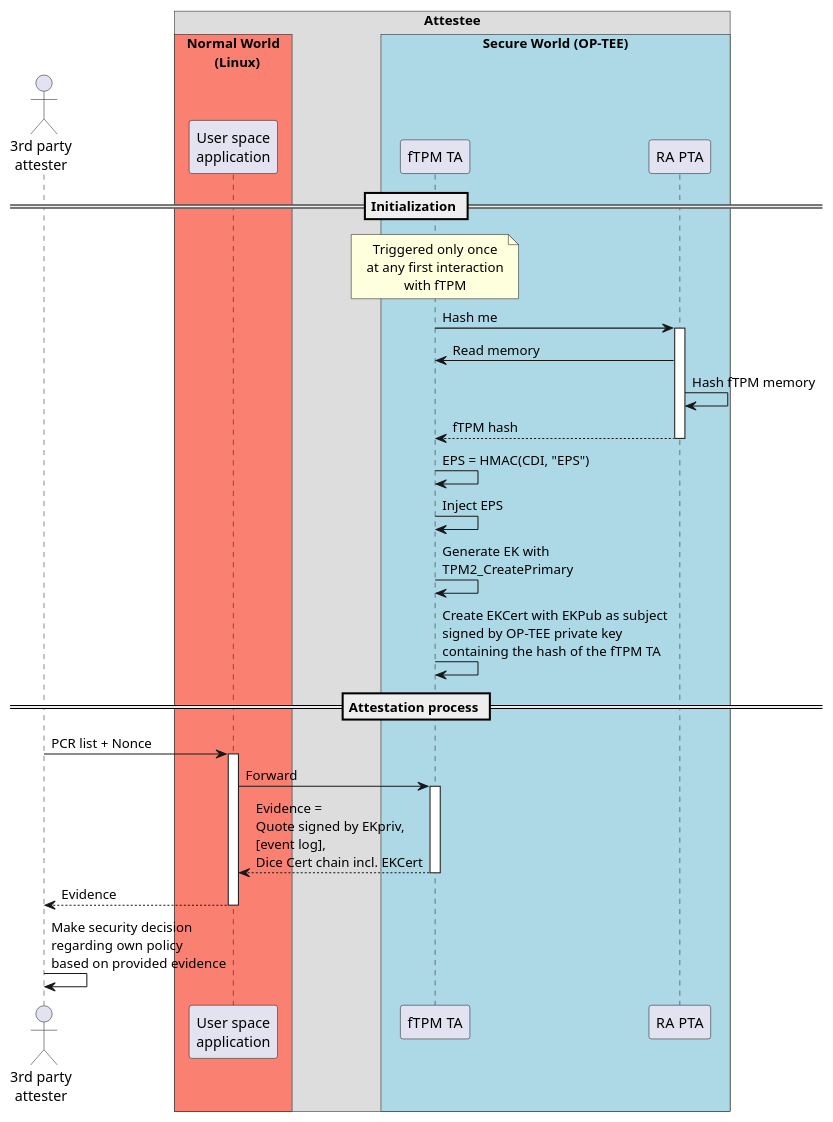
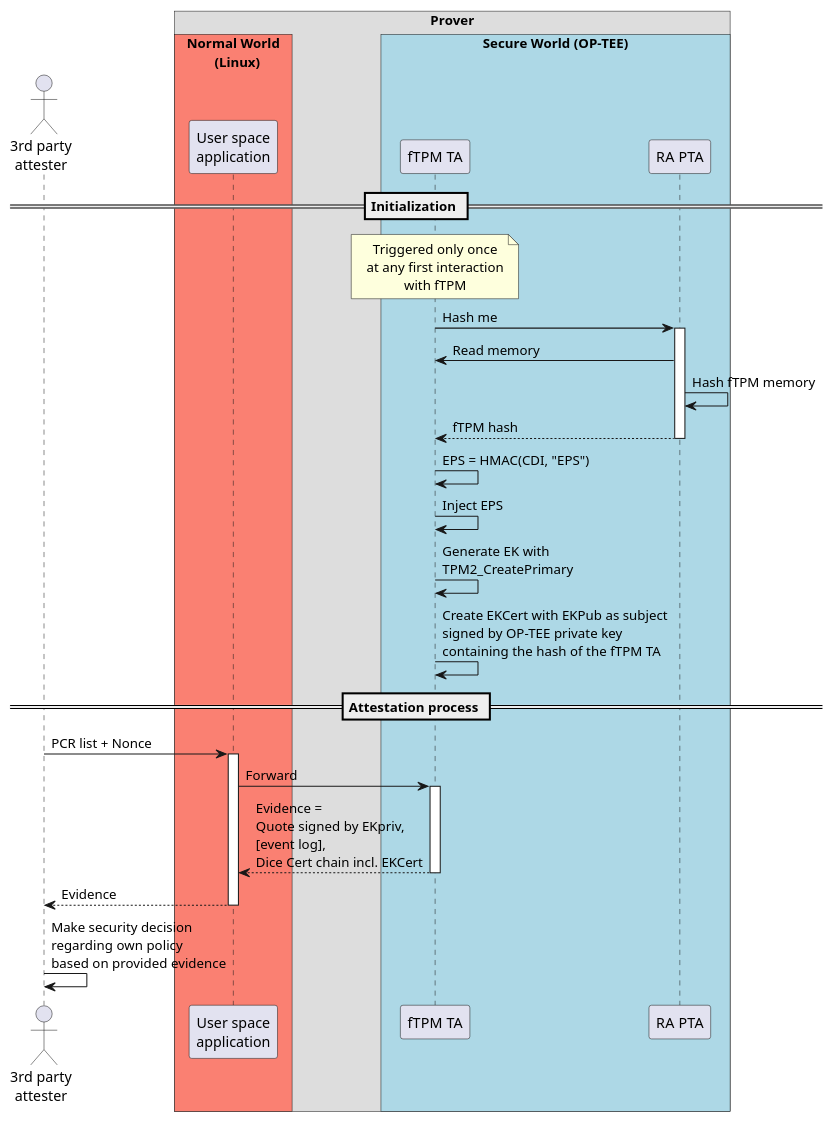
The diagram in figures/sequence_diagram.puml (akorb/master-thesis), drawn with PlantUML before and after one commit. The commit also changed 9 other files, not shown here.

```diff
--- a/figures/sequence_diagram.puml
+++ b/figures/sequence_diagram.puml
@@ -1,48 +1,48 @@
 @startuml sequence diagram
 !pragma teoz true
 
 skinparam NoteTextAlignment center
 
 actor "3rd party\nattester"
 
 == Initialization ==
 
 note over "fTPM TA": Triggered only once\nat any first interaction\nwith fTPM
 
 "fTPM TA" -> "RA PTA" ++: Hash me
 
 "RA PTA" -> "fTPM TA": Read memory
 "RA PTA" -> "RA PTA": Hash fTPM memory
 "fTPM TA" <-- "RA PTA" --: fTPM hash
 
 ' Formula (2) from https://trustedcomputinggroup.org/wp-content/uploads/Hardware-Requirements-for-Device-Identifier-Composition-Engine-r78_For-Publication.pdf
 "fTPM TA" -> "fTPM TA": EPS = HMAC(CDI, "EPS")
 "fTPM TA" -> "fTPM TA": Inject EPS
 
 "fTPM TA" -> "fTPM TA": Generate EK with\nTPM2_CreatePrimary
 "fTPM TA" -> "fTPM TA": Create EKCert with EKPub as subject\nsigned by OP-TEE private key\ncontaining the hash of the fTPM TA
 
 
 == Attestation process ==
 
 "3rd party\nattester" -> "User space\napplication" ++: PCR list + Nonce
 
 "User space\napplication" -> "fTPM TA" ++: Forward
 "User space\napplication" <-- "fTPM TA" --: Evidence =\nQuote signed by EKpriv,\n[event log],\nDice Cert chain incl. EKCert
 "3rd party\nattester" <-- "User space\napplication" --: Evidence
 
 "3rd party\nattester" -> "3rd party\nattester": Make security decision\nregarding own policy\nbased on provided evidence
 
-box "Attestee"
+box "Prover"
     box "Normal World\n        (Linux)" #Salmon
     participant "User space\napplication"
     participant "User space\napplication"
     end box
 
     box "Secure World (OP-TEE)" #LightBlue
     participant "fTPM TA"
     participant "RA PTA"
     end box
 end box
 
 @enduml
```
